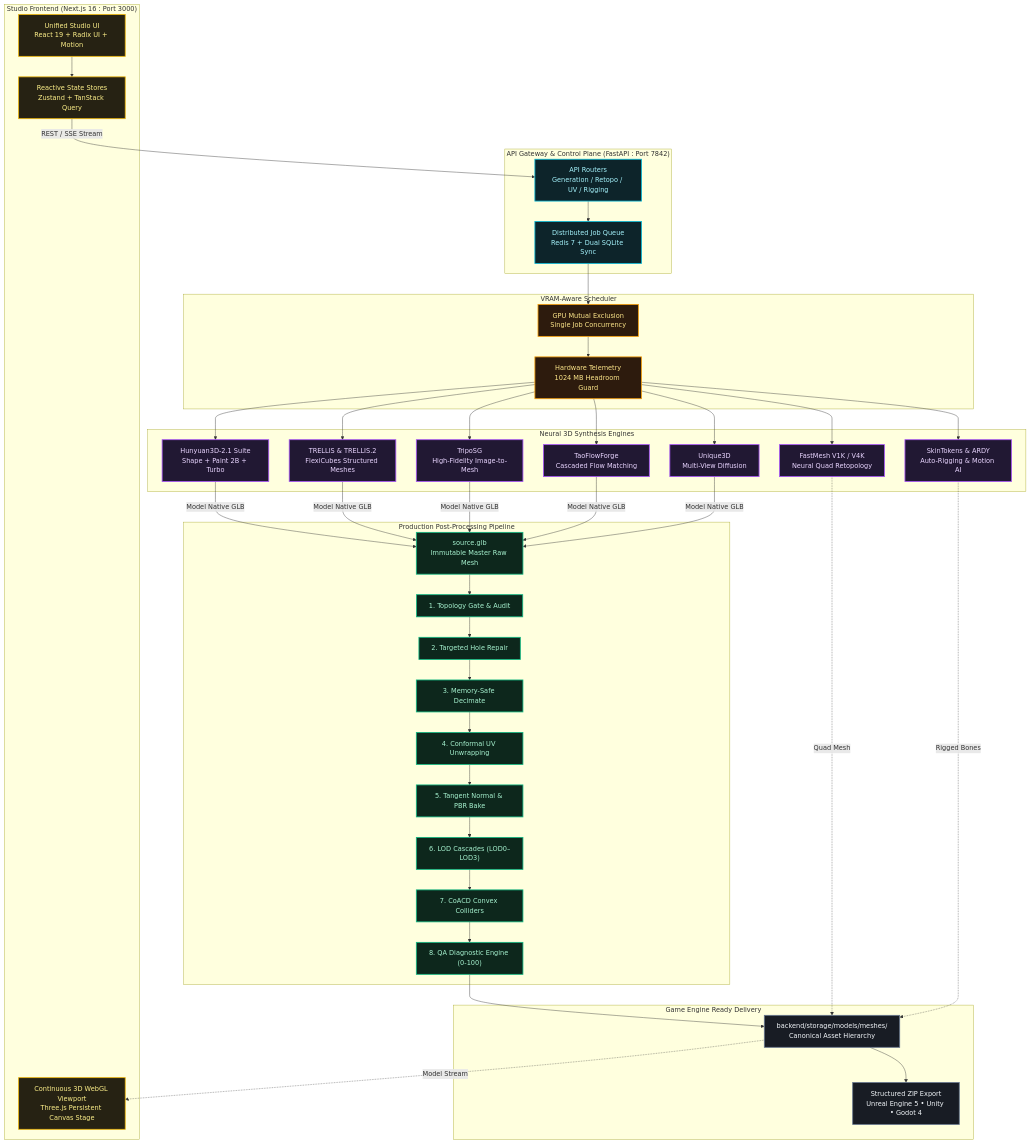
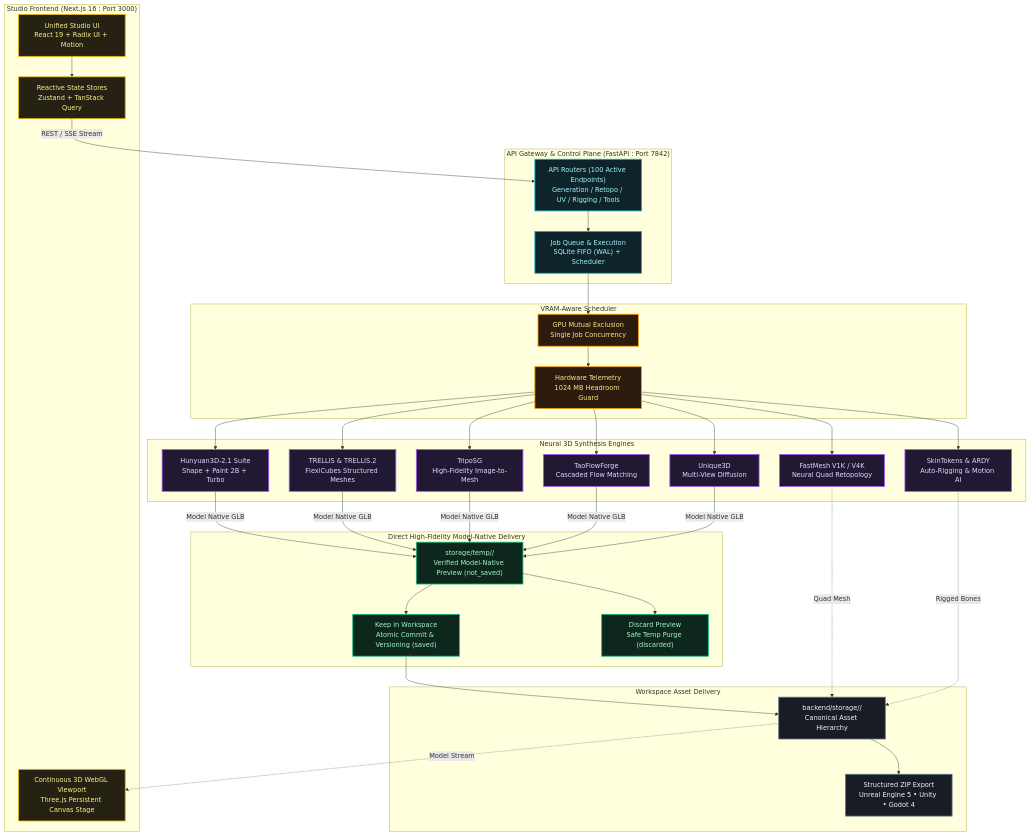
The second of 3 diagrams in README.md (Silentzx2/ForMesh3D), drawn with Mermaid before and after one commit. The commit also changed other lines of this file and 41 other files, not shown here.

First line of the commit message:
feat(arch): implement simplified workspace, asset and generation architecture (Batches 1-6)

```diff
--- a/README.md
+++ b/README.md
@@ -168,8 +151,8 @@
     end
 
     subgraph Gateway ["API Gateway & Control Plane (FastAPI : Port 7842)"]
-        ROUTERS["API Routers<br/>Generation / Retopo / UV / Rigging"]:::cyan
-        QUEUE["Distributed Job Queue<br/>Redis 7 + Dual SQLite Sync"]:::cyan
+        ROUTERS["API Routers (100 Active Endpoints)<br/>Generation / Retopo / UV / Rigging / Tools"]:::cyan
+        QUEUE["Job Queue & Execution<br/>SQLite FIFO (WAL) + Scheduler"]:::cyan
     end
 
     subgraph Scheduler ["VRAM-Aware Scheduler"]
@@ -187,20 +170,14 @@
         UNIQUE3D["Unique3D<br/>Multi-View Diffusion"]:::purple
     end
 
-    subgraph PostProcess ["Production Post-Processing Pipeline"]
-        CHECKPOINT["source.glb<br/>Immutable Master Raw Mesh"]:::green
-        GATE["1. Topology Gate & Audit"]:::green
-        HOLE_REPAIR["2. Targeted Hole Repair"]:::green
-        DECIMATE["3. Memory-Safe Decimate"]:::green
-        UV_RESOLVE["4. Conformal UV Unwrapping"]:::green
-        PBR_VAL["5. Tangent Normal & PBR Bake"]:::green
-        LOD["6. LOD Cascades (LOD0–LOD3)"]:::green
-        PHYSICS["7. CoACD Convex Colliders"]:::green
-        QA["8. QA Diagnostic Engine (0-100)"]:::green
+    subgraph DirectDelivery ["Direct High-Fidelity Model-Native Delivery"]
+        PREVIEW["storage/temp/<operation_id>/<br/>Verified Model-Native Preview (not_saved)"]:::green
+        KEEP["Keep in Workspace<br/>Atomic Commit & Versioning (saved)"]:::green
+        DISCARD["Discard Preview<br/>Safe Temp Purge (discarded)"]:::green
     end
 
-    subgraph Delivery ["Game Engine Ready Delivery"]
-        ASSET_STORE["backend/storage/models/meshes/<br/>Canonical Asset Hierarchy"]:::slate
+    subgraph Delivery ["Workspace Asset Delivery"]
+        ASSET_STORE["backend/storage/<workspace_id>/<br/>Canonical Asset Hierarchy"]:::slate
         ZIP["Structured ZIP Export<br/>Unreal Engine 5 • Unity • Godot 4"]:::slate
     end
 
@@ -217,21 +194,15 @@
     MONITOR --> RIGGING
     MONITOR --> UNIQUE3D
 
-    HUNYUAN -->|Model Native GLB| CHECKPOINT
-    TRELLIS -->|Model Native GLB| CHECKPOINT
-    TRIPO -->|Model Native GLB| CHECKPOINT
-    TAO -->|Model Native GLB| CHECKPOINT
-    UNIQUE3D -->|Model Native GLB| CHECKPOINT
+    HUNYUAN -->|Model Native GLB| PREVIEW
+    TRELLIS -->|Model Native GLB| PREVIEW
+    TRIPO -->|Model Native GLB| PREVIEW
+    TAO -->|Model Native GLB| PREVIEW
+    UNIQUE3D -->|Model Native GLB| PREVIEW
 
-    CHECKPOINT --> GATE
-    GATE --> HOLE_REPAIR
-    HOLE_REPAIR --> DECIMATE
-    DECIMATE --> UV_RESOLVE
-    UV_RESOLVE --> PBR_VAL
-    PBR_VAL --> LOD
-    LOD --> PHYSICS
-    PHYSICS --> QA
-    QA --> ASSET_STORE
+    PREVIEW --> KEEP
+    PREVIEW --> DISCARD
+    KEEP --> ASSET_STORE
     ASSET_STORE --> ZIP
     ASSET_STORE -.->|Model Stream| VIEWER
     RETOPO -.->|Quad Mesh| ASSET_STORE
```
